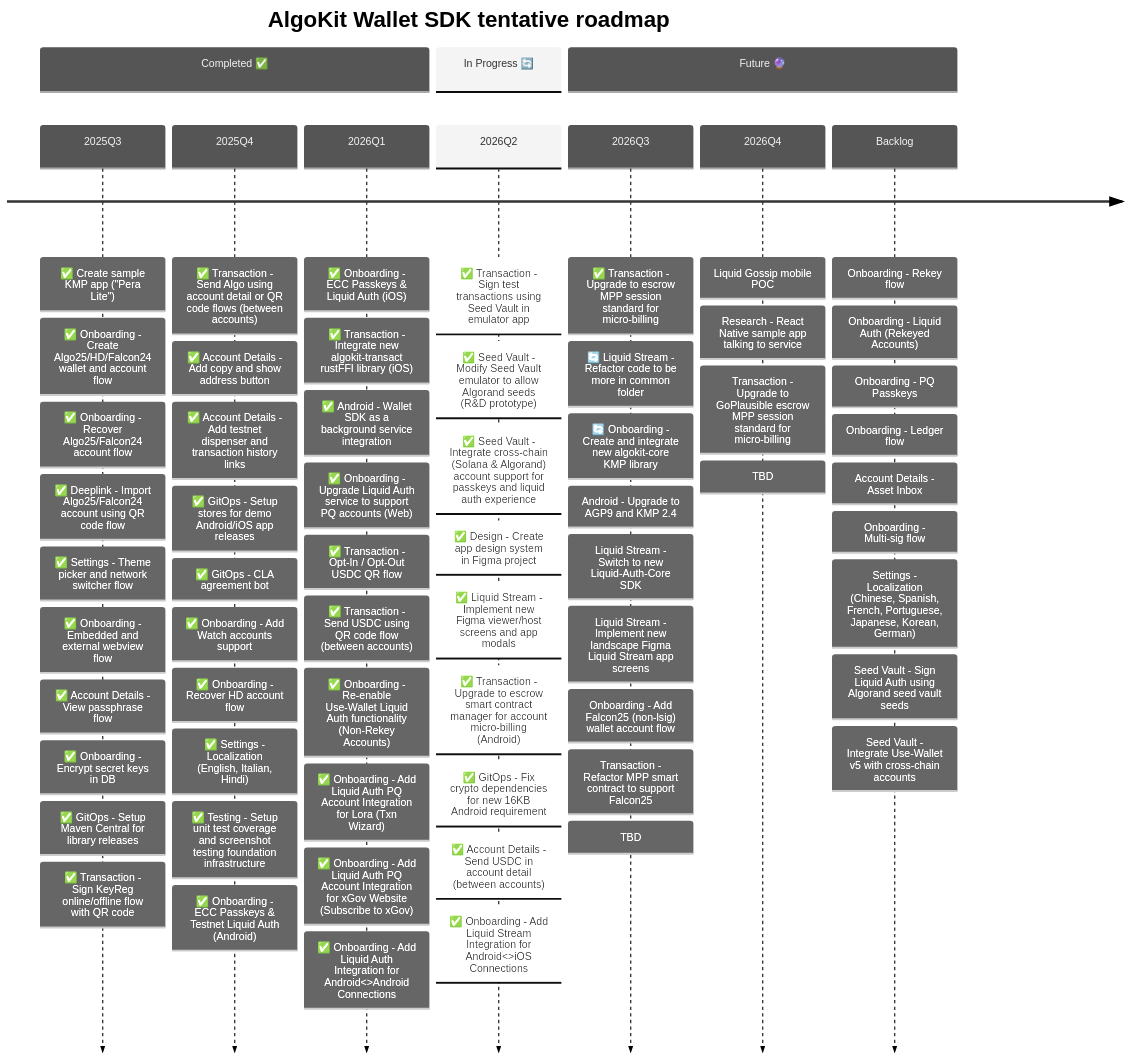
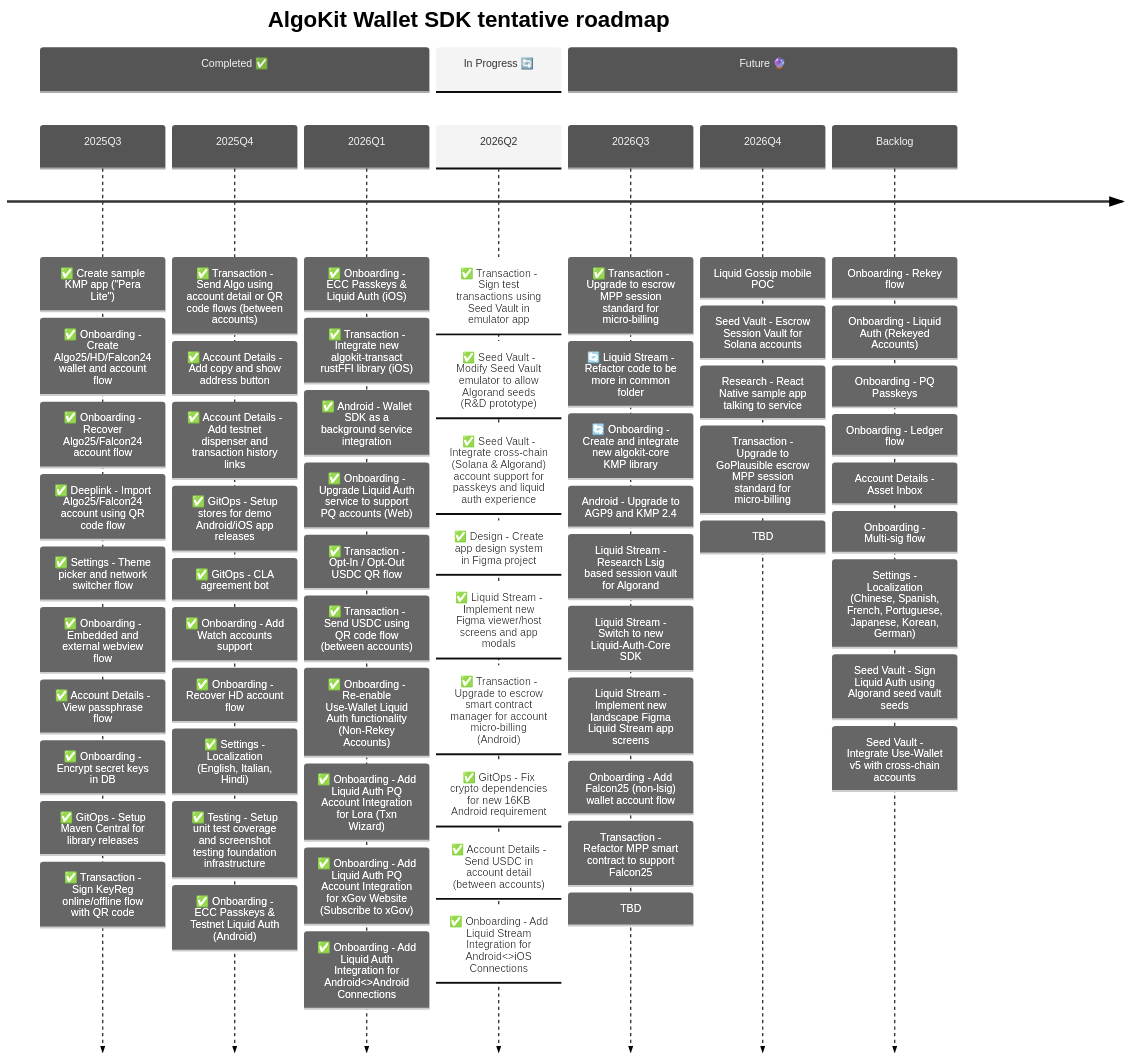
The second of 3 diagrams in README.md (michaeltchuangllc/algokit-walletsdk-kmp), drawn with Mermaid before and after one commit. The commit also changed 51 other files, not shown here.

Commit message:
refactor: add in KMP UUID library for Session Vault Salt (#348)

````diff
--- a/README.md
+++ b/README.md
@@ -69,80 +69,82 @@
 ```mermaid
 ---
 config:
   theme: 'neutral'
 ---
 timeline
     title AlgoKit Wallet SDK tentative roadmap
 
     section Completed ✅
     2025Q3  : ✅ Create sample KMP app ("Pera Lite")
             : ✅ Onboarding - Create Algo25/HD/Falcon24 wallet and account flow
             : ✅ Onboarding - Recover Algo25/Falcon24 account flow
             : ✅ Deeplink - Import Algo25/Falcon24 account using QR code flow
             : ✅ Settings - Theme picker and network switcher flow
             : ✅ Onboarding - Embedded and external webview flow
             : ✅ Account Details - View passphrase flow
             : ✅ Onboarding - Encrypt secret keys in DB
             : ✅ GitOps - Setup Maven Central for library releases
             : ✅ Transaction - Sign KeyReg online/offline flow with QR code
 
     2025Q4  : ✅ Transaction - Send Algo using account detail or QR code flows (between accounts)
             : ✅ Account Details - Add copy and show address button
             : ✅ Account Details - Add testnet dispenser and transaction history links
             : ✅ GitOps - Setup stores for demo Android/iOS app releases
             : ✅ GitOps - CLA agreement bot
             : ✅ Onboarding - Add Watch accounts support
             : ✅ Onboarding - Recover HD account flow
             : ✅ Settings - Localization (English, Italian, Hindi)
             : ✅ Testing - Setup unit test coverage and screenshot testing foundation infrastructure
             : ✅ Onboarding - ECC Passkeys & Testnet Liquid Auth (Android)
 
     2026Q1  : ✅ Onboarding - ECC Passkeys & Liquid Auth (iOS)
             : ✅ Transaction - Integrate new algokit-transact rustFFI library (iOS)
             : ✅ Android - Wallet SDK as a background service integration
             : ✅ Onboarding - Upgrade Liquid Auth service to support PQ accounts (Web)
             : ✅ Transaction - Opt-In / Opt-Out USDC QR flow
             : ✅ Transaction - Send USDC using QR code flow (between accounts)
             : ✅ Onboarding - Re-enable Use-Wallet Liquid Auth functionality (Non-Rekey Accounts)
             : ✅ Onboarding - Add Liquid Auth PQ Account Integration for Lora (Txn Wizard)
             : ✅ Onboarding - Add Liquid Auth PQ Account Integration for xGov Website (Subscribe to xGov)
             : ✅ Onboarding - Add Liquid Auth Integration for Android<>Android Connections
 
     section In Progress 🔄
     2026Q2  : ✅ Transaction - Sign test transactions using Seed Vault in emulator app
             : ✅ Seed Vault - Modify Seed Vault emulator to allow Algorand seeds (R&D prototype)
             : ✅ Seed Vault - Integrate cross-chain (Solana & Algorand) account support for passkeys and liquid auth experience
             : ✅ Design - Create app design system in Figma project
             : ✅ Liquid Stream - Implement new Figma viewer/host screens and app modals
             : ✅ Transaction - Upgrade to escrow smart contract manager for account micro-billing (Android)
             : ✅ GitOps - Fix crypto dependencies for new 16KB Android requirement
             : ✅ Account Details - Send USDC in account detail (between accounts)
             : ✅ Onboarding - Add Liquid Stream Integration for Android<>iOS Connections
             
     section Future 🔮
     2026Q3   : ✅ Transaction - Upgrade to escrow MPP session standard for micro-billing
              : 🔄 Liquid Stream - Refactor code to be more in common folder
              : 🔄 Onboarding - Create and integrate new algokit-core KMP library
              : Android - Upgrade to AGP9 and KMP 2.4
+             : Liquid Stream - Research Lsig based session vault for Algorand 
              : Liquid Stream - Switch to new Liquid-Auth-Core SDK
              : Liquid Stream - Implement new landscape Figma Liquid Stream app screens
              : Onboarding - Add Falcon25 (non-lsig) wallet account flow
              : Transaction - Refactor MPP smart contract to support Falcon25
              : TBD
     2026Q4   
              : Liquid Gossip mobile POC
+             : Seed Vault - Escrow Session Vault for Solana accounts 
              : Research - React Native sample app talking to service
              : Transaction - Upgrade to GoPlausible escrow MPP session standard for micro-billing
              : TBD
     Backlog
             : Onboarding - Rekey flow
             : Onboarding - Liquid Auth (Rekeyed Accounts)
             : Onboarding - PQ Passkeys
             : Onboarding - Ledger flow
             : Account Details - Asset Inbox
             : Onboarding - Multi-sig flow
             : Settings - Localization (Chinese, Spanish, French, Portuguese, Japanese, Korean, German)
             : Seed Vault - Sign Liquid Auth using Algorand seed vault seeds
             : Seed Vault - Integrate Use-Wallet v5 with cross-chain accounts
 
 ```
````
